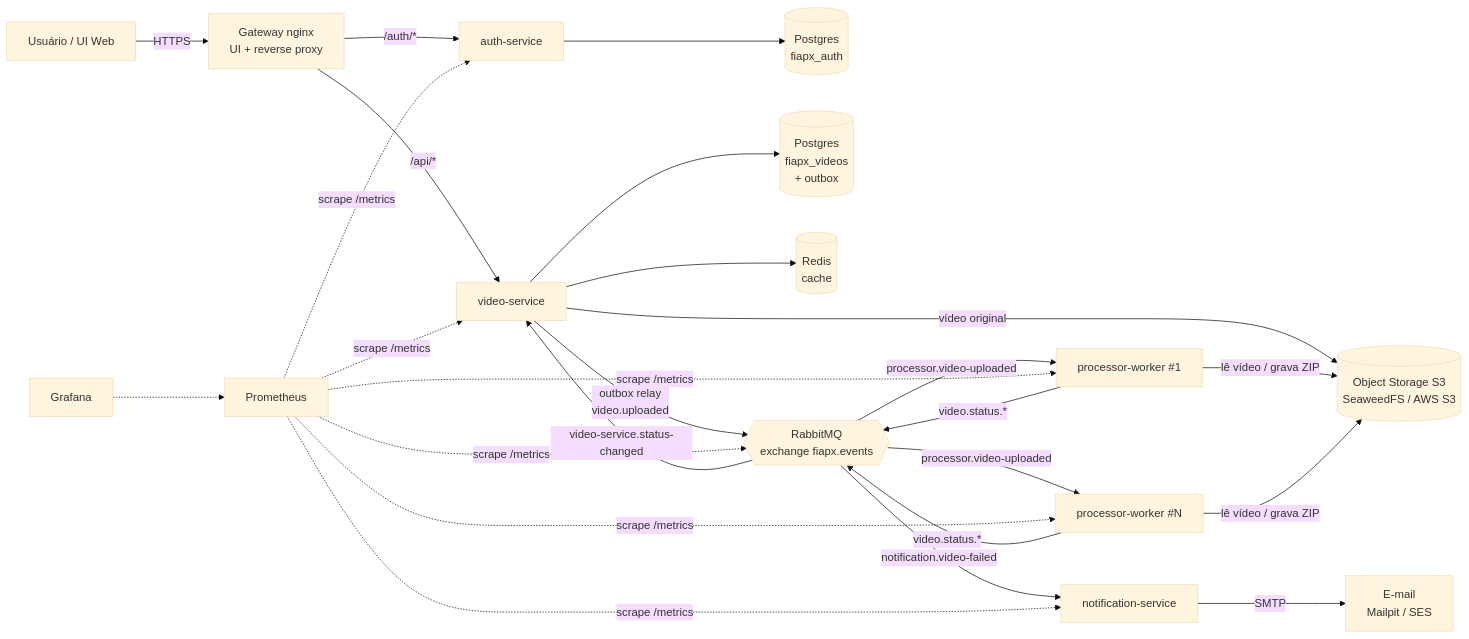
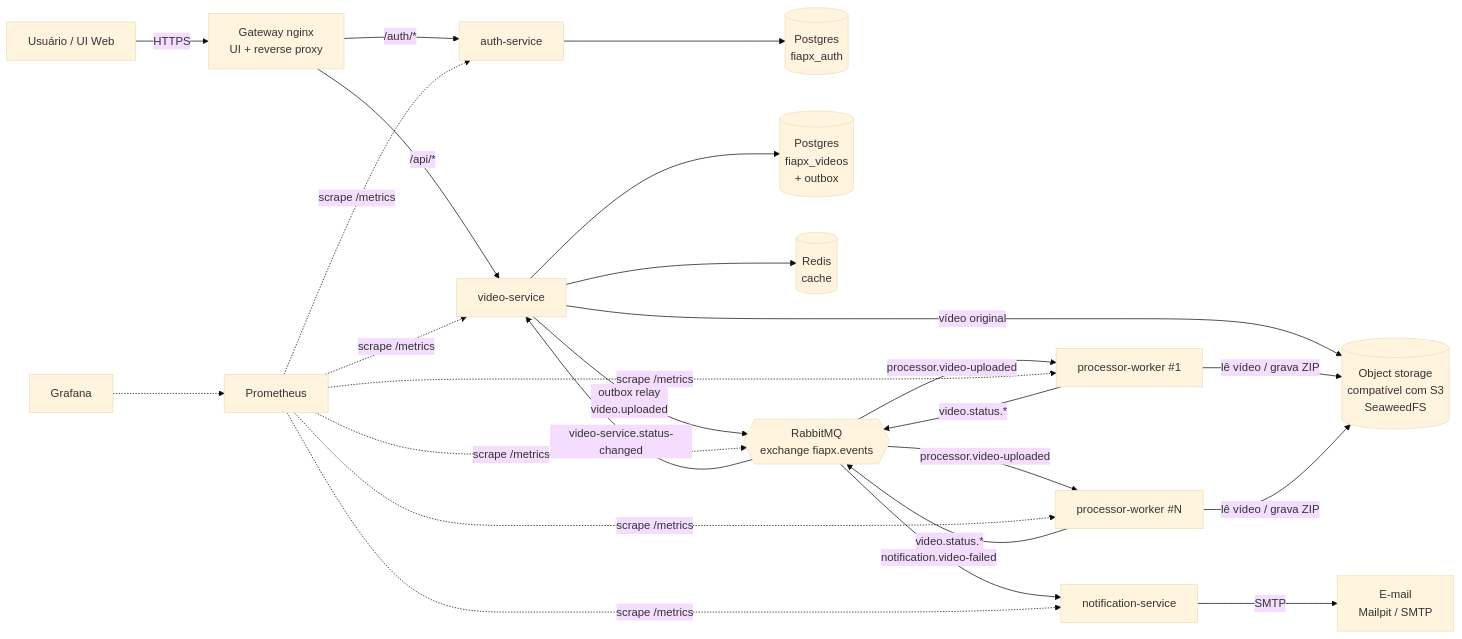
The first of 5 diagrams in docs/architecture.md (monnclaro/soat-hackaton), drawn with Mermaid (base theme) before and after one commit. The commit also changed other lines of this file and 13 other files, not shown here.

````diff
--- a/docs/architecture.md
+++ b/docs/architecture.md
@@ -11,23 +11,23 @@
 ```mermaid
 flowchart LR
     U[Usuário / UI Web] -->|HTTPS| GW[Gateway nginx<br/>UI + reverse proxy]
     GW -->|/auth/*| AUTH[auth-service]
     GW -->|/api/*| VID[video-service]
 
     AUTH --> PGA[(Postgres<br/>fiapx_auth)]
     VID --> PGV[(Postgres<br/>fiapx_videos<br/>+ outbox)]
     VID --> R[(Redis<br/>cache)]
-    VID -->|vídeo original| S3[(Object Storage S3<br/>SeaweedFS / AWS S3)]
+    VID -->|vídeo original| S3[(Object storage<br/>compatível com S3<br/>SeaweedFS)]
 
     VID -->|outbox relay<br/>video.uploaded| MQ{{RabbitMQ<br/>exchange fiapx.events}}
     MQ -->|processor.video-uploaded| W1[processor-worker #1]
     MQ -->|processor.video-uploaded| W2[processor-worker #N]
     W1 & W2 -->|lê vídeo / grava ZIP| S3
     W1 & W2 -->|video.status.*| MQ
     MQ -->|video-service.status-changed| VID
     MQ -->|notification.video-failed| NOT[notification-service]
-    NOT -->|SMTP| MAIL[E-mail<br/>Mailpit / SES]
+    NOT -->|SMTP| MAIL[E-mail<br/>Mailpit / SMTP]
 
     PROM[Prometheus] -.scrape /metrics.-> AUTH & VID & W1 & W2 & NOT & MQ
     GRAF[Grafana] -.-> PROM
 ```
````
